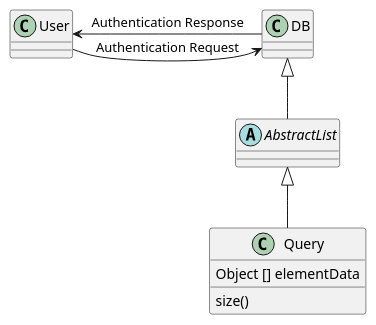
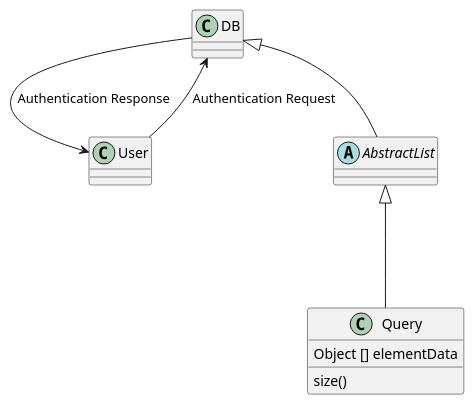
One commit to imarachedder/ReportGenerator changed the diagram in test.puml. Above: the diagram before and after it, drawn with PlantUML. The commit also changed 490 other files, not shown here.

```diff
--- a/test.puml
+++ b/test.puml
@@ -1,20 +1,18 @@
 @startuml
 'https://plantuml.com/sequence-diagram
 
 
 abstract class AbstractList
 
-User -> DB: Authentication Request
+User --> DB: Authentication Request
 DB --> User: Authentication Response
 
-AbstractList <|-- Query
-DB <|== AbstractList
+AbstractList <|--- Query
+DB <|-- AbstractList
 
 class Query {
     Object [] elementData
     size()
-
 }
 
-
 @enduml
```
